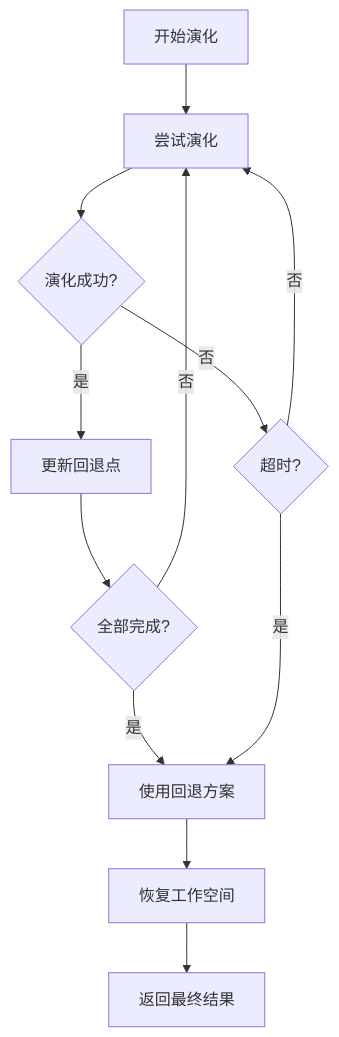
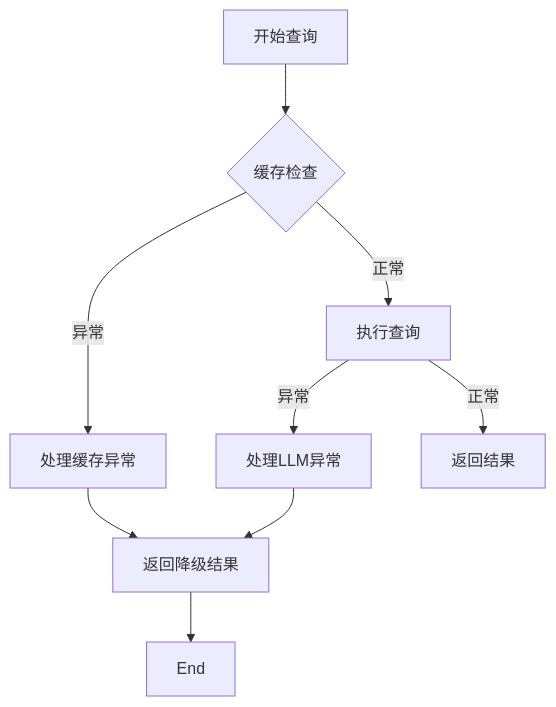
Before and after one commit to afanty2021/RD-Agent: the tenth of 10 diagrams in .qoder/repowiki/zh/content/核心概念/演化代理/代理架构.md, drawn with Mermaid. The commit also changed other lines of this file and 5 other files, not shown here.

````diff
--- a/.qoder/repowiki/zh/content/核心概念/演化代理/代理架构.md
+++ b/.qoder/repowiki/zh/content/核心概念/演化代理/代理架构.md
@@ -419,14 +311,11 @@
 ```mermaid
 flowchart TD
-StartEvolve["开始演化"] --> TryEvolve["尝试演化"]
-TryEvolve --> CheckSuccess{"演化成功?"}
-CheckSuccess --> |是| UpdateFallback["更新回退点"]
-CheckSuccess --> |否| CheckTimeout{"超时?"}
-UpdateFallback --> CheckComplete{"全部完成?"}
-CheckComplete --> |否| TryEvolve
-CheckComplete --> |是| UseFallback["使用回退方案"]
-CheckTimeout --> |是| UseFallback
-CheckTimeout --> |否| TryEvolve
-UseFallback --> RestoreState["恢复工作空间"]
-RestoreState --> FinalResult["返回最终结果"]
+StartQuery["开始查询"] --> CheckCache{"缓存检查"}
+CheckCache --> |异常| HandleCacheError["处理缓存异常"]
+CheckCache --> |正常| ExecuteQuery["执行查询"]
+ExecuteQuery --> |异常| HandleLLMError["处理LLM异常"]
+ExecuteQuery --> |正常| ReturnResult["返回结果"]
+HandleCacheError --> ReturnFallback["返回降级结果"]
+HandleLLMError --> ReturnFallback
+ReturnFallback --> End
 ```
````
